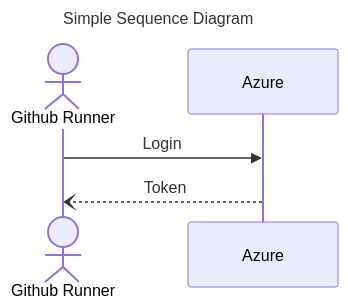
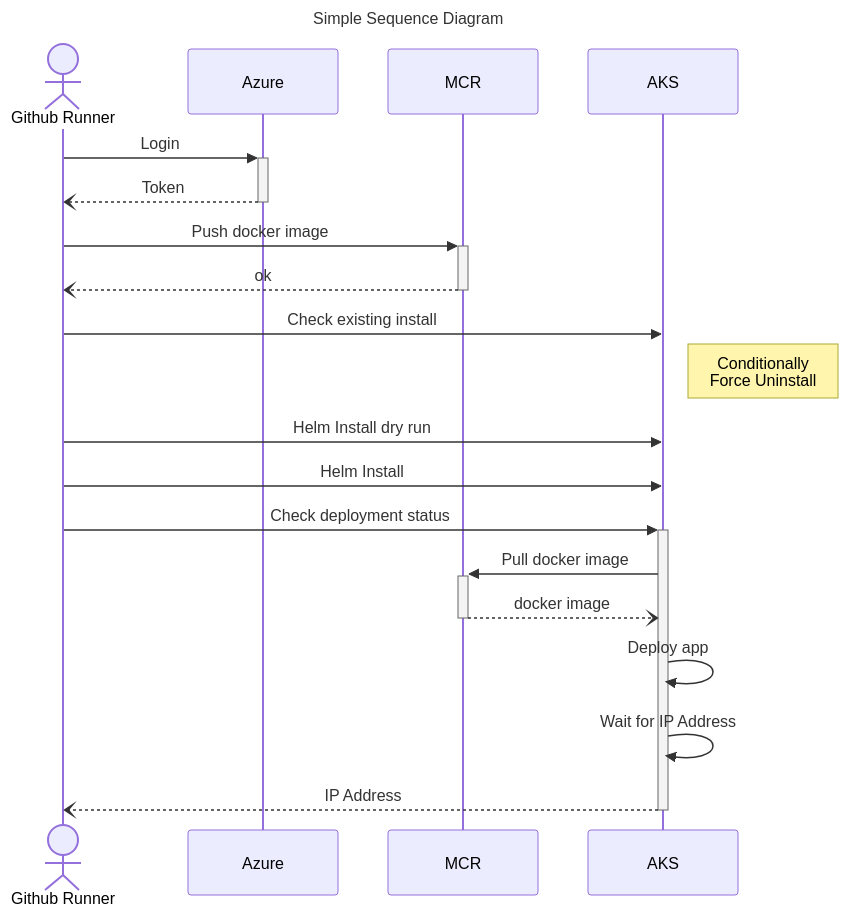
One commit to cuongnb14/mermaid-builder changed the diagram in outputs/sequence_diagram.mmd. Above: the diagram before and after it, drawn with Mermaid. The commit also changed 2 other files, not shown here.

Commit message:
add example sequence diagram

```diff
--- a/outputs/sequence_diagram.mmd
+++ b/outputs/sequence_diagram.mmd
@@ -1,9 +1,23 @@
 ---
 title: Simple Sequence Diagram
 ---
 %%{init: {"theme": "light", "themeVariables": {"fontFamily": "Monospace"}}}%%
 sequenceDiagram
   actor Github Runner
   participant Azure
-  Github Runner->>Azure:Login
-  Azure--)Github Runner:Token
+  participant MCR
+  participant AKS
+  Github Runner->>+Azure:Login
+  Azure--)-Github Runner:Token
+  Github Runner->>+MCR:Push docker image
+  MCR--)-Github Runner:ok
+  Github Runner->>AKS:Check existing install
+  Note right of AKS: Conditionally<br/>Force Uninstall
+  Github Runner->>AKS:Helm Install dry run
+  Github Runner->>AKS:Helm Install
+  Github Runner->>+AKS:Check deployment status
+  AKS->>+MCR:Pull docker image
+  MCR--)-AKS:docker image
+  AKS->>AKS:Deploy app
+  AKS->>AKS:Wait for IP Address
+  AKS--)-Github Runner:IP Address
```
